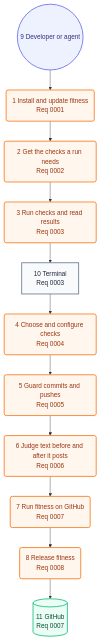
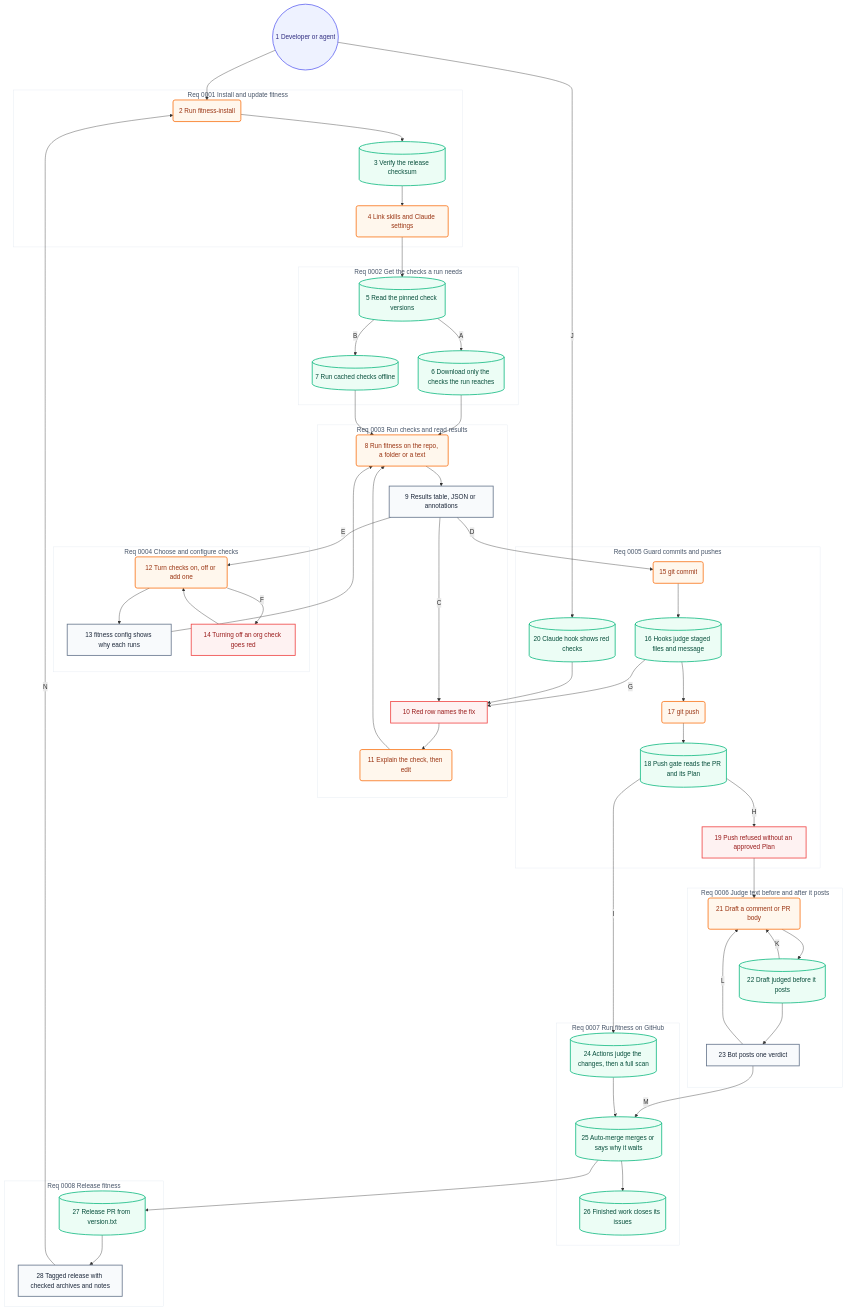
Before and after one commit to may-journal/fitness-runner: the second of 2 diagrams in docs/architecture/05-user-journey.md, drawn with Mermaid. The commit also changed other lines of this file and 1 other file, not shown here.

Commit message:
docs(architecture): group the journey by requirement, with its branches

````diff
--- a/docs/architecture/05-user-journey.md
+++ b/docs/architecture/05-user-journey.md
@@ -35,30 +38,108 @@
 ```mermaid
 flowchart TB
-    dev((9 Developer or agent)):::persona
-    install(1 Install and update fitness<br/>Req 0001):::action
-    getChecks(2 Get the checks a run needs<br/>Req 0002):::action
-    runChecks(3 Run checks and read results<br/>Req 0003):::action
-    terminal[10 Terminal<br/>Req 0003]:::screen
-    configure(4 Choose and configure checks<br/>Req 0004):::action
-    guard(5 Guard commits and pushes<br/>Req 0005):::action
-    judgeText(6 Judge text before and after it posts<br/>Req 0006):::action
-    actions(7 Run fitness on GitHub<br/>Req 0007):::action
-    release(8 Release fitness<br/>Req 0008):::action
-    github[(11 GitHub<br/>Req 0007)]:::system
+    dev((1 Developer or agent)):::persona
+
+    subgraph r1["Req 0001 Install and update fitness"]
+        install(2 Run fitness-install):::action
+        verify[(3 Verify the release checksum)]:::system
+        link(4 Link skills and Claude settings):::action
+    end
+
+    subgraph r2["Req 0002 Get the checks a run needs"]
+        pins[(5 Read the pinned check versions)]:::system
+        download[(6 Download only the checks the run reaches)]:::system
+        cached[(7 Run cached checks offline)]:::system
+    end
+
+    subgraph r3["Req 0003 Run checks and read results"]
+        run(8 Run fitness on the repo, a folder or a text):::action
+        results[9 Results table, JSON or annotations]:::screen
+        red[10 Red row names the fix]:::blocked
+        explain(11 Explain the check, then edit):::action
+    end
+
+    subgraph r4["Req 0004 Choose and configure checks"]
+        choose(12 Turn checks on, off or add one):::action
+        config[13 fitness config shows why each runs]:::screen
+        orgRule[14 Turning off an org check goes red]:::blocked
+    end
+
+    subgraph r5["Req 0005 Guard commits and pushes"]
+        commit(15 git commit):::action
+        hooks[(16 Hooks judge staged files and message)]:::system
+        push(17 git push):::action
+        gate[(18 Push gate reads the PR and its Plan)]:::system
+        noPlan[19 Push refused without an approved Plan]:::blocked
+        claudeHook[(20 Claude hook shows red checks)]:::system
+    end
+
+    subgraph r6["Req 0006 Judge text before and after it posts"]
+        draft(21 Draft a comment or PR body):::action
+        preJudge[(22 Draft judged before it posts)]:::system
+        verdict[23 Bot posts one verdict]:::screen
+    end
+
+    subgraph r7["Req 0007 Run fitness on GitHub"]
+        actions[(24 Actions judge the changes, then a full scan)]:::system
+        merge[(25 Auto-merge merges or says why it waits)]:::system
+        issues[(26 Finished work closes its issues)]:::system
+    end
+
+    subgraph r8["Req 0008 Release fitness"]
+        releasePR[(27 Release PR from version.txt)]:::system
+        tagged[28 Tagged release with checked archives and notes]:::screen
+    end
 
     dev --> install
-    install --> getChecks
-    getChecks --> runChecks
-    runChecks --> terminal
-    terminal --> configure
-    configure --> guard
-    guard --> judgeText
-    judgeText --> actions
-    actions --> release
-    release --> github
+    install --> verify
+    verify --> link
+    link --> pins
+    pins -->|A| download
+    pins -->|B| cached
+    download --> run
+    cached --> run
+    run --> results
+    results -->|C| red
+    red --> explain
+    explain --> run
+    results -->|D| commit
+    results -->|E| choose
+    choose --> config
+    config --> run
+    choose -->|F| orgRule
+    orgRule --> choose
+    commit --> hooks
+    hooks -->|G| red
+    hooks --> push
+    push --> gate
+    gate -->|H| noPlan
+    noPlan --> draft
+    gate -->|I| actions
+    dev -->|J| claudeHook
+    claudeHook --> red
+    draft --> preJudge
+    preJudge -->|K| draft
+    preJudge --> verdict
+    verdict -->|L| draft
+    verdict -->|M| merge
+    actions --> merge
+    merge --> issues
+    merge --> releasePR
+    releasePR --> tagged
+    tagged -->|N| install
 
     classDef persona fill:#eef2ff,stroke:#6366f1,color:#312e81,stroke-width:2px
     classDef screen fill:#f8fafc,stroke:#64748b,color:#1e293b,stroke-width:2px
     classDef action fill:#fff7ed,stroke:#f97316,color:#9a3412,stroke-width:2px
     classDef system fill:#ecfdf5,stroke:#10b981,color:#064e3b,stroke-width:2px
+    classDef blocked fill:#fef2f2,stroke:#ef4444,color:#991b1b,stroke-width:2px
+
+    style r1 fill:#ffffff,stroke:#e2e8f0,color:#475569,stroke-width:1px
+    style r2 fill:#ffffff,stroke:#e2e8f0,color:#475569,stroke-width:1px
+    style r3 fill:#ffffff,stroke:#e2e8f0,color:#475569,stroke-width:1px
+    style r4 fill:#ffffff,stroke:#e2e8f0,color:#475569,stroke-width:1px
+    style r5 fill:#ffffff,stroke:#e2e8f0,color:#475569,stroke-width:1px
+    style r6 fill:#ffffff,stroke:#e2e8f0,color:#475569,stroke-width:1px
+    style r7 fill:#ffffff,stroke:#e2e8f0,color:#475569,stroke-width:1px
+    style r8 fill:#ffffff,stroke:#e2e8f0,color:#475569,stroke-width:1px
 ```
````
